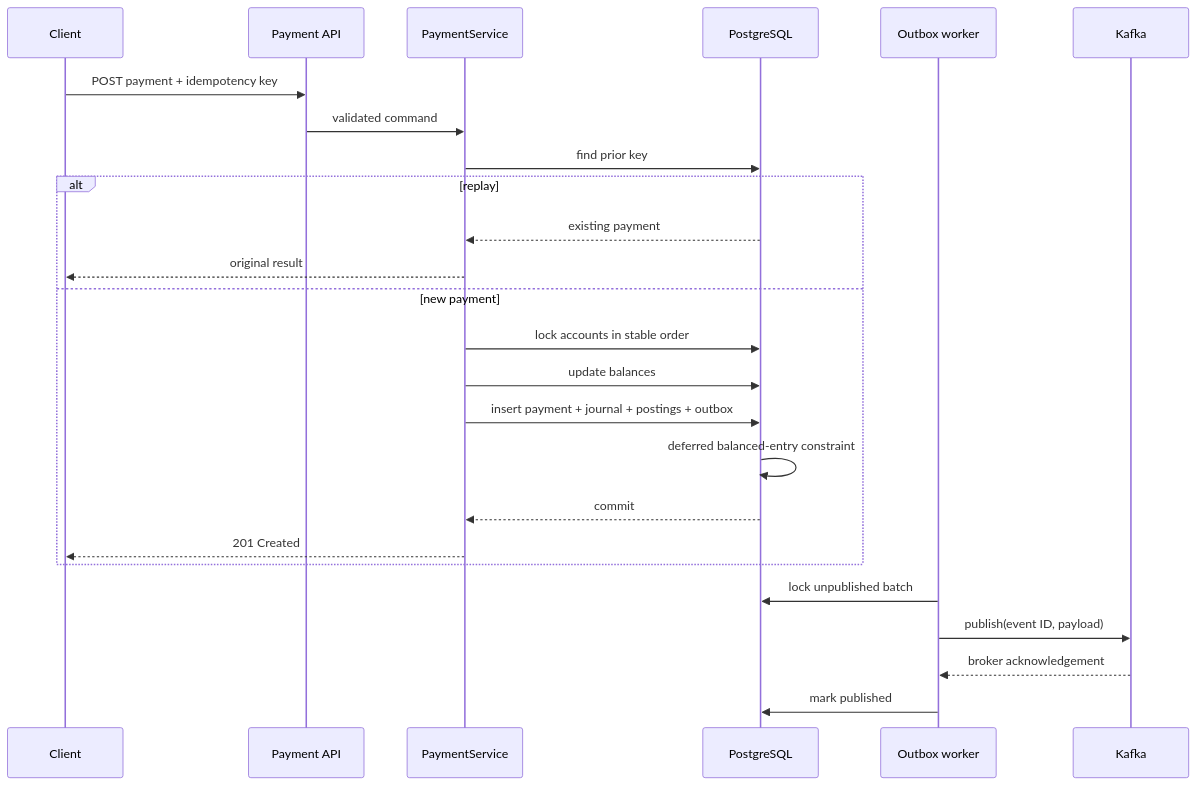
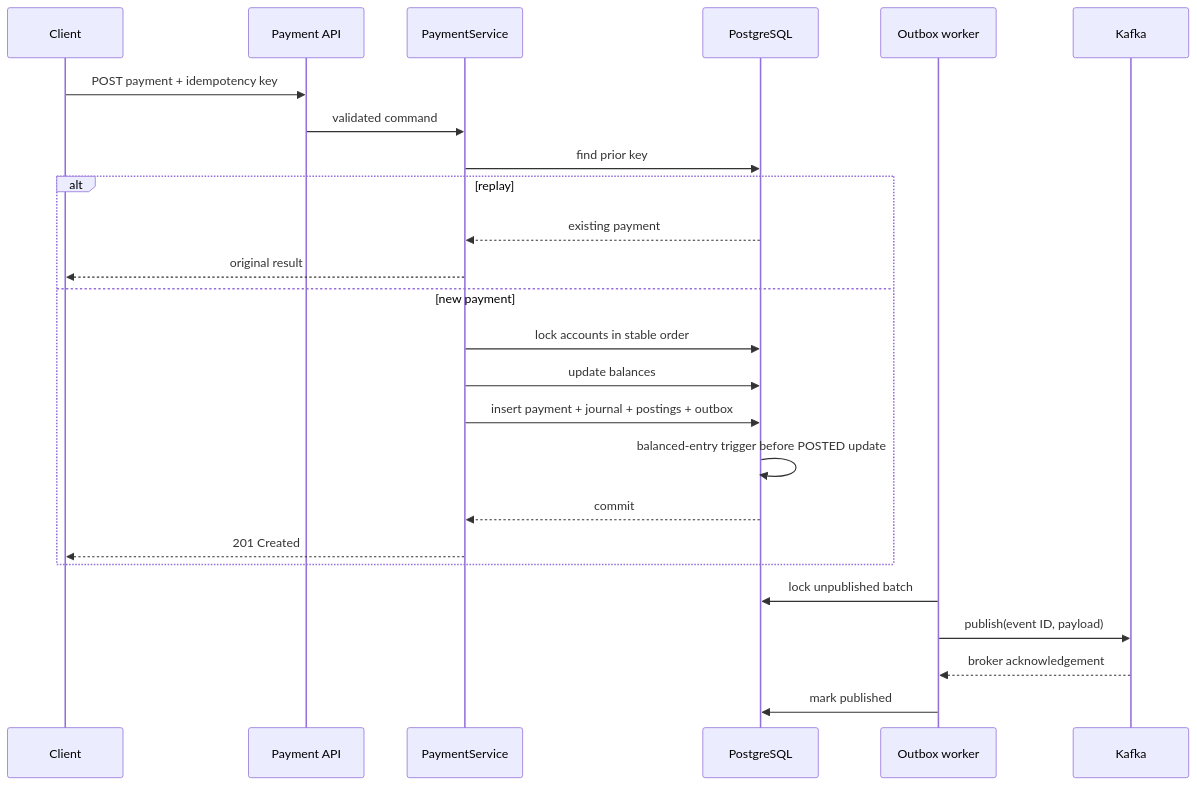
The diagram in docs/architecture.md (Mohamedajab/clearledger), drawn with Mermaid before and after one commit. The commit also changed 42 other files, not shown here.

````diff
--- a/docs/architecture.md
+++ b/docs/architecture.md
@@ -15,28 +15,28 @@
 ```mermaid
 sequenceDiagram
   participant C as Client
   participant A as Payment API
   participant S as PaymentService
   participant P as PostgreSQL
   participant O as Outbox worker
   participant K as Kafka
 
   C->>A: POST payment + idempotency key
   A->>S: validated command
   S->>P: find prior key
   alt replay
     P-->>S: existing payment
     S-->>C: original result
   else new payment
     S->>P: lock accounts in stable order
     S->>P: update balances
     S->>P: insert payment + journal + postings + outbox
-    P->>P: deferred balanced-entry constraint
+    P->>P: balanced-entry trigger before POSTED update
     P-->>S: commit
     S-->>C: 201 Created
   end
   O->>P: lock unpublished batch
   O->>K: publish(event ID, payload)
   K-->>O: broker acknowledgement
   O->>P: mark published
 ```
````
